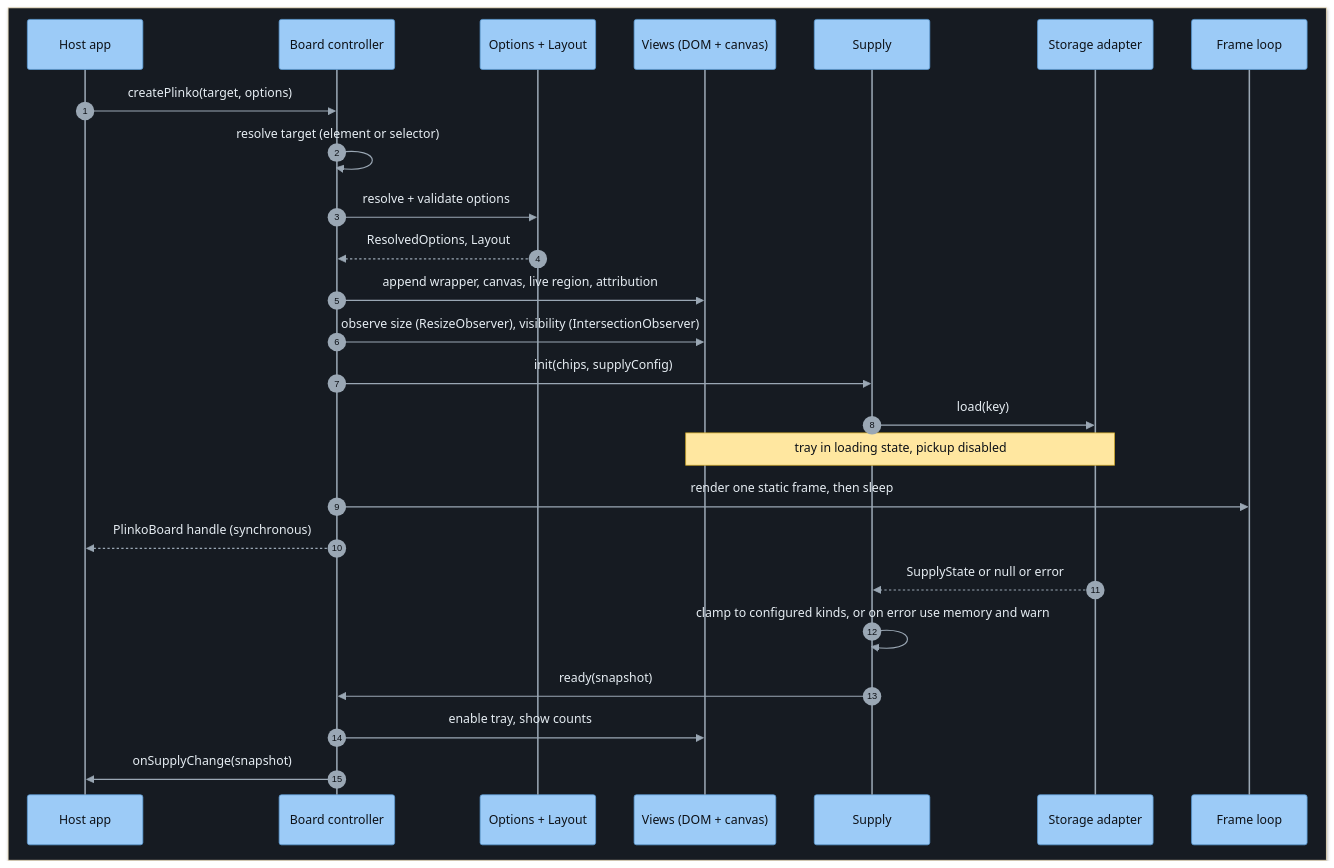
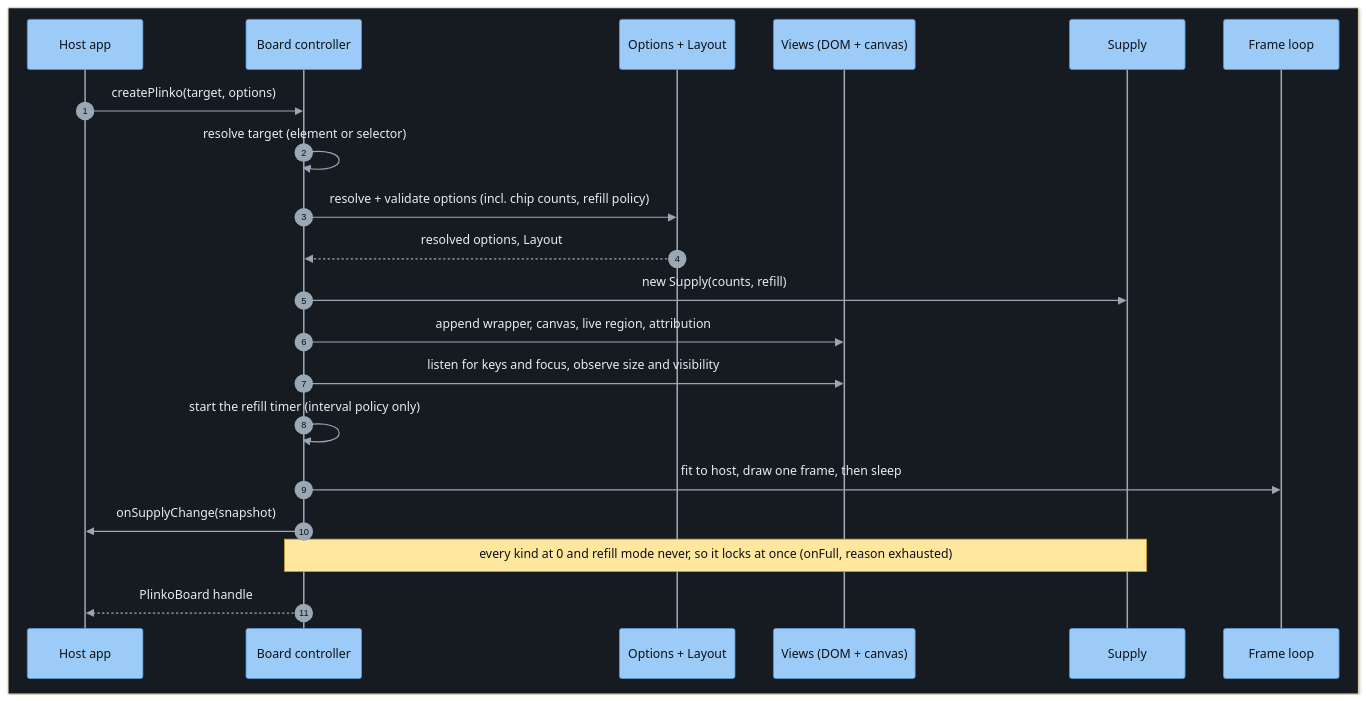
One commit to alanbickel/plinko-config changed the eighth of 10 diagrams in docs/ARCHITECTURE.md. Above: the diagram before and after it, drawn with Mermaid. The commit also changed other lines of this file and 24 other files, not shown here.

Commit message:
Add in-memory chip supply: counts, refill policies, requests, and exhaustion lock; drop persistence from the design

````diff
--- a/docs/ARCHITECTURE.md
+++ b/docs/ARCHITECTURE.md
@@ -438,31 +429,26 @@
 ```mermaid
 %%{init: {"theme":"base","themeVariables":{"actorBkg":"#9ccbf7","actorBorder":"#5b9bd5","actorTextColor":"#0d1117","actorLineColor":"#9aa7b4","signalColor":"#9aa7b4","signalTextColor":"#e6edf3","noteBkgColor":"#ffe7a0","noteTextColor":"#0d1117","noteBorderColor":"#c9a227","labelBoxBkgColor":"#2d333b","labelTextColor":"#e6edf3","loopTextColor":"#e6edf3","labelBoxBorderColor":"#9aa7b4","sequenceNumberColor":"#0d1117"}}}%%
 sequenceDiagram
     autonumber
     box rgb(22,27,34)
     participant Host as Host app
     participant B as Board controller
     participant O as Options + Layout
     participant V as Views (DOM + canvas)
     participant Sup as Supply
-    participant St as Storage adapter
     participant L as Frame loop
     end
 
     Host->>B: createPlinko(target, options)
     B->>B: resolve target (element or selector)
-    B->>O: resolve + validate options
-    O-->>B: ResolvedOptions, Layout
+    B->>O: resolve + validate options (incl. chip counts, refill policy)
+    O-->>B: resolved options, Layout
+    B->>Sup: new Supply(counts, refill)
     B->>V: append wrapper, canvas, live region, attribution
-    B->>V: observe size (ResizeObserver), visibility (IntersectionObserver)
-    B->>Sup: init(chips, supplyConfig)
-    Sup->>St: load(key)
-    Note over V,St: tray in loading state, pickup disabled
-    B->>L: render one static frame, then sleep
-    B-->>Host: PlinkoBoard handle (synchronous)
-    St-->>Sup: SupplyState or null or error
-    Sup->>Sup: clamp to configured kinds, or on error use memory and warn
-    Sup->>B: ready(snapshot)
-    B->>V: enable tray, show counts
+    B->>V: listen for keys and focus, observe size and visibility
+    B->>B: start the refill timer (interval policy only)
+    B->>L: fit to host, draw one frame, then sleep
     B->>Host: onSupplyChange(snapshot)
+    Note over B,Sup: every kind at 0 and refill mode never, so it locks at once (onFull, reason exhausted)
+    B-->>Host: PlinkoBoard handle
 ```
````
